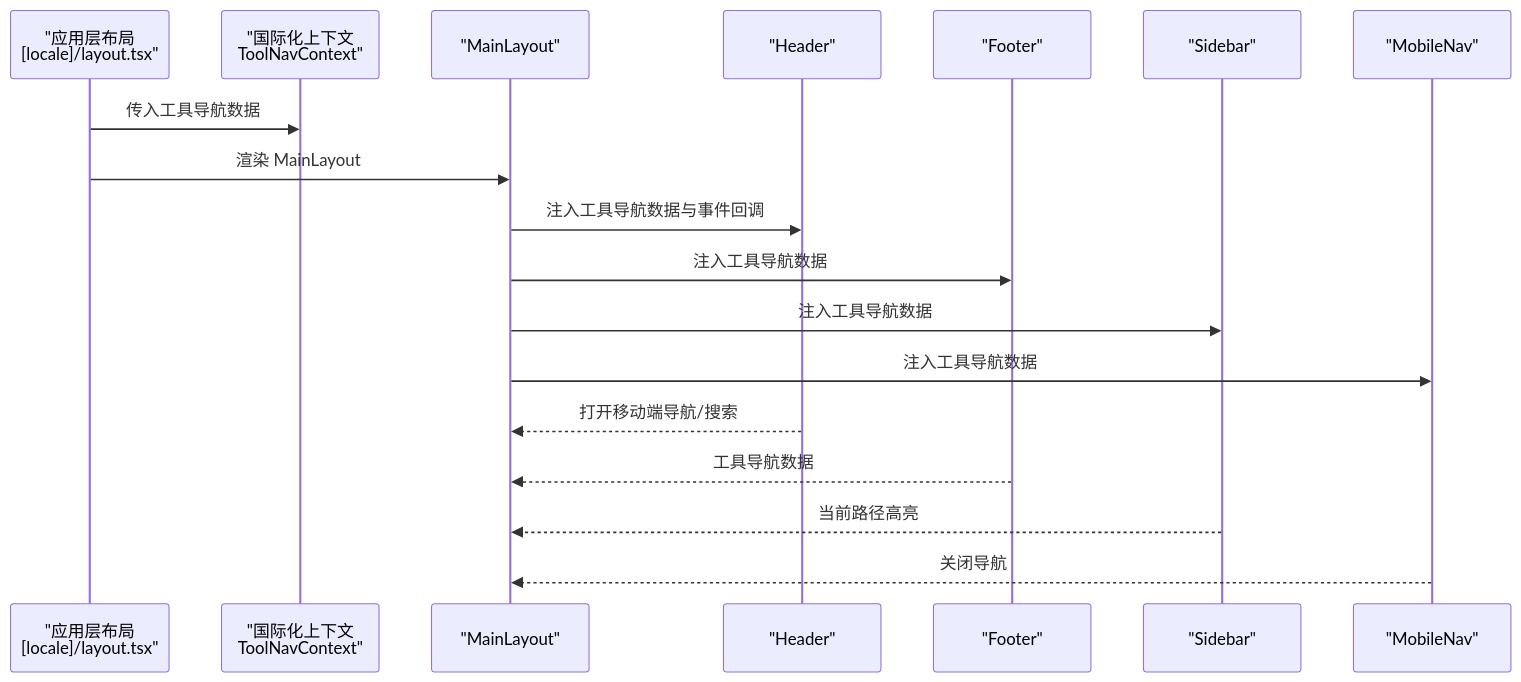
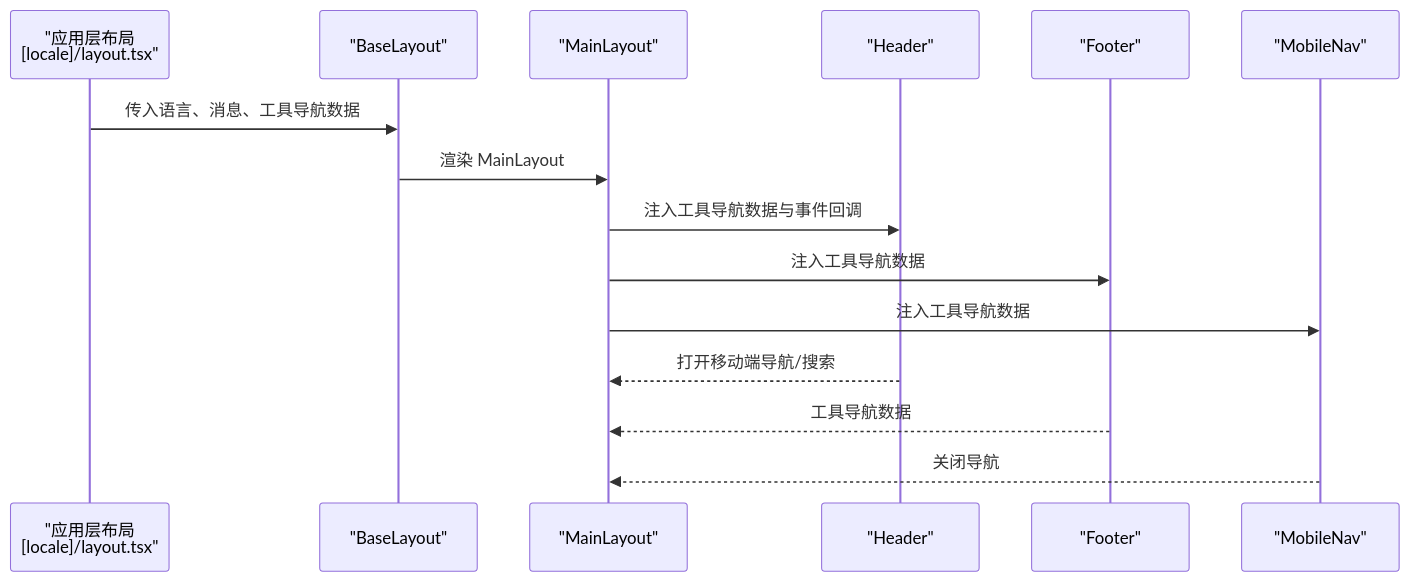
Before and after one commit to sgyy/privadeck: the second of 4 diagrams in .qoder/repowiki/zh/content/UI组件系统/布局组件.md, drawn with Mermaid. The commit also changed other lines of this file and 6 other files, not shown here.

````diff
--- a/.qoder/repowiki/zh/content/UI组件系统/布局组件.md
+++ b/.qoder/repowiki/zh/content/UI组件系统/布局组件.md
@@ -112,20 +119,17 @@
 ```mermaid
 sequenceDiagram
 participant App as "应用层布局<br/>[locale]/layout.tsx"
-participant Provider as "国际化上下文<br/>ToolNavContext"
+participant Base as "BaseLayout"
 participant Main as "MainLayout"
 participant Header as "Header"
 participant Footer as "Footer"
-participant Sidebar as "Sidebar"
 participant MobileNav as "MobileNav"
-App->>Provider : 传入工具导航数据
-App->>Main : 渲染 MainLayout
+App->>Base : 传入语言、消息、工具导航数据
+Base->>Main : 渲染 MainLayout
 Main->>Header : 注入工具导航数据与事件回调
 Main->>Footer : 注入工具导航数据
-Main->>Sidebar : 注入工具导航数据
 Main->>MobileNav : 注入工具导航数据
 Header-->>Main : 打开移动端导航/搜索
 Footer-->>Main : 工具导航数据
-Sidebar-->>Main : 当前路径高亮
 MobileNav-->>Main : 关闭导航
 ```
````
